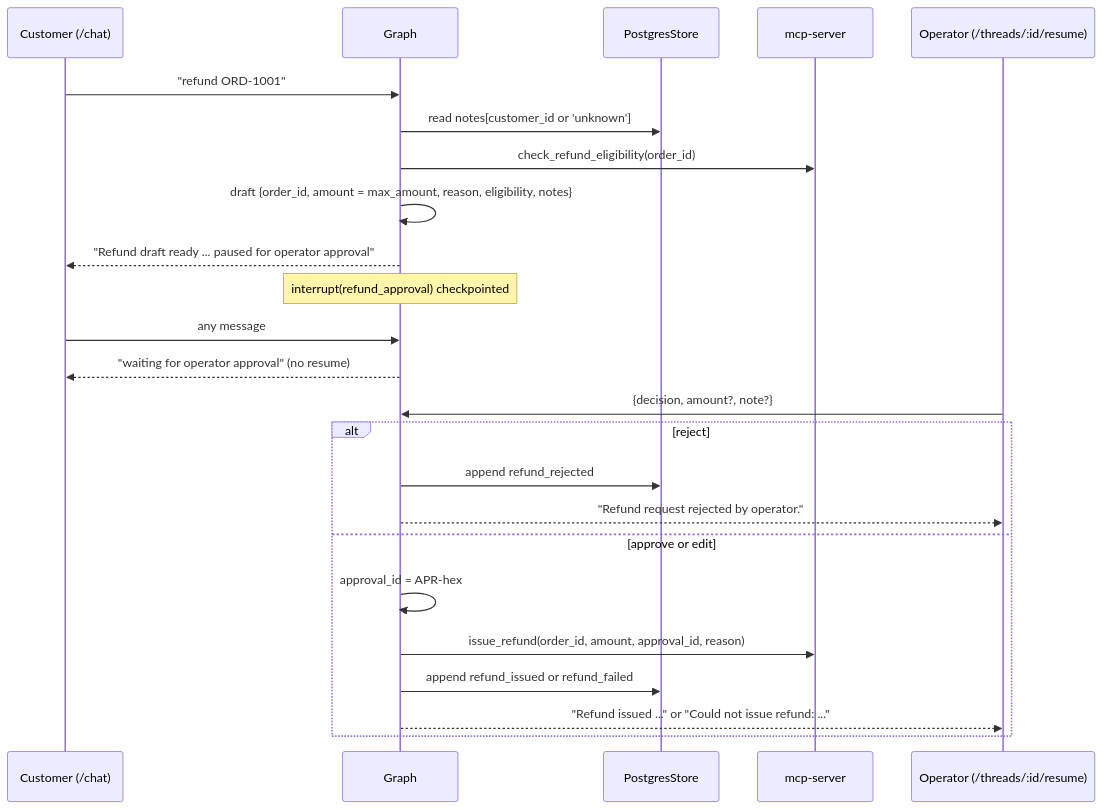
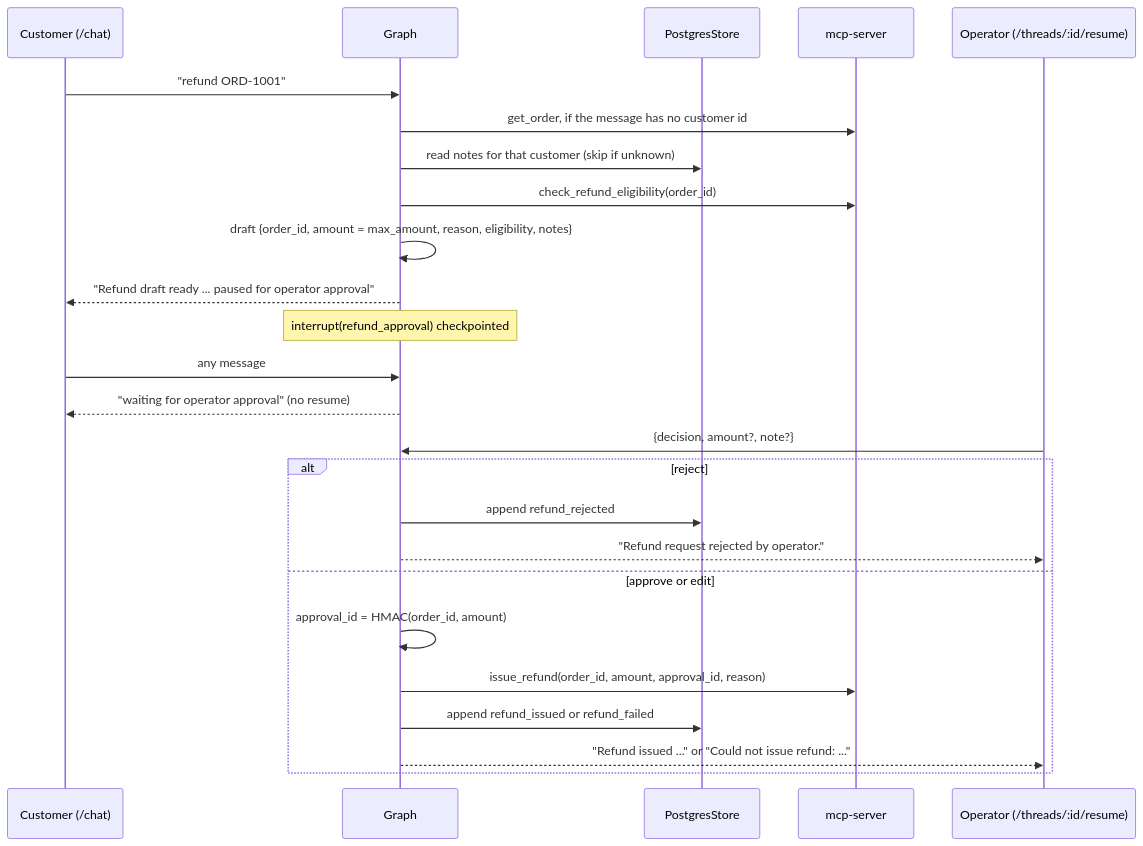
Before and after one commit to ervikassingh/support-dest-agent: the third of 3 diagrams in docs/services/agent/flow.md, drawn with Mermaid. The commit also changed other lines of this file and 39 other files, not shown here.

First line of the commit message:
Refactor Support Desk Agent with approval ID signing and customer ID normalization

````diff
--- a/docs/services/agent/flow.md
+++ b/docs/services/agent/flow.md
@@ -62,26 +65,27 @@
 ```mermaid
 sequenceDiagram
   participant C as Customer (/chat)
   participant G as Graph
   participant S as PostgresStore
   participant M as mcp-server
   participant O as Operator (/threads/:id/resume)
   C->>G: "refund ORD-1001"
-  G->>S: read notes[customer_id or 'unknown']
+  G->>M: get_order, if the message has no customer id
+  G->>S: read notes for that customer (skip if unknown)
   G->>M: check_refund_eligibility(order_id)
   G->>G: draft {order_id, amount = max_amount, reason, eligibility, notes}
   G-->>C: "Refund draft ready ... paused for operator approval"
   Note over G: interrupt(refund_approval) checkpointed
   C->>G: any message
   G-->>C: "waiting for operator approval" (no resume)
   O->>G: {decision, amount?, note?}
   alt reject
     G->>S: append refund_rejected
     G-->>O: "Refund request rejected by operator."
   else approve or edit
-    G->>G: approval_id = APR-hex
+    G->>G: approval_id = HMAC(order_id, amount)
     G->>M: issue_refund(order_id, amount, approval_id, reason)
     G->>S: append refund_issued or refund_failed
     G-->>O: "Refund issued ..." or "Could not issue refund: ..."
   end
 ```
````
